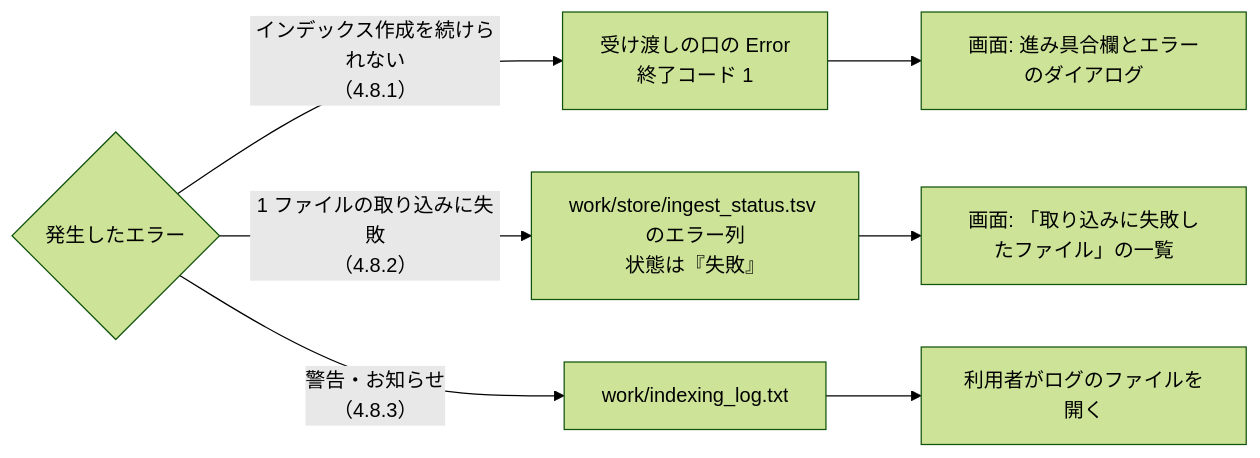
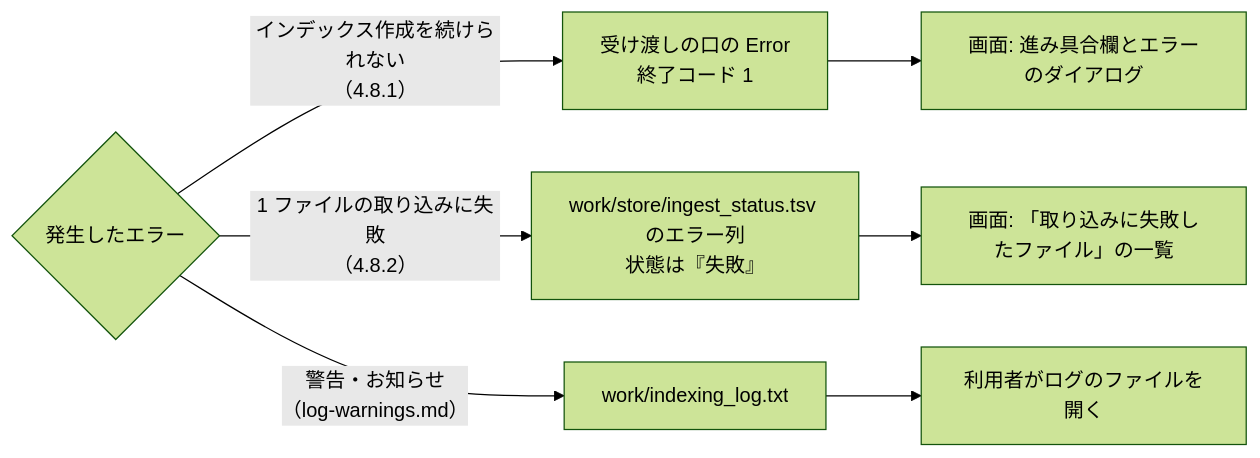
The diagram in docs/design/indexing/errors.md (hsgwa/tebunko), drawn with Mermaid (forest theme) before and after one commit. The commit also changed other lines of this file and 17 other files, not shown here.

````diff
--- a/docs/design/indexing/errors.md
+++ b/docs/design/indexing/errors.md
@@ -7,6 +7,6 @@
 ```mermaid
 flowchart LR
     E{"発生したエラー"} -- "インデックス作成を続けられない<br>（4.8.1）" --> F["受け渡しの口の Error<br>終了コード 1"] --> G1["画面: 進み具合欄とエラーのダイアログ"]
     E -- "1 ファイルの取り込みに失敗<br>（4.8.2）" --> S["work/store/ingest_status.tsv のエラー列<br>状態は『失敗』"] --> G2["画面: 「取り込みに失敗したファイル」の一覧"]
-    E -- "警告・お知らせ<br>（4.8.3）" --> L["work/indexing_log.txt"] --> G3["利用者がログのファイルを開く"]
+    E -- "警告・お知らせ<br>（log-warnings.md）" --> L["work/indexing_log.txt"] --> G3["利用者がログのファイルを開く"]
 ```
````
